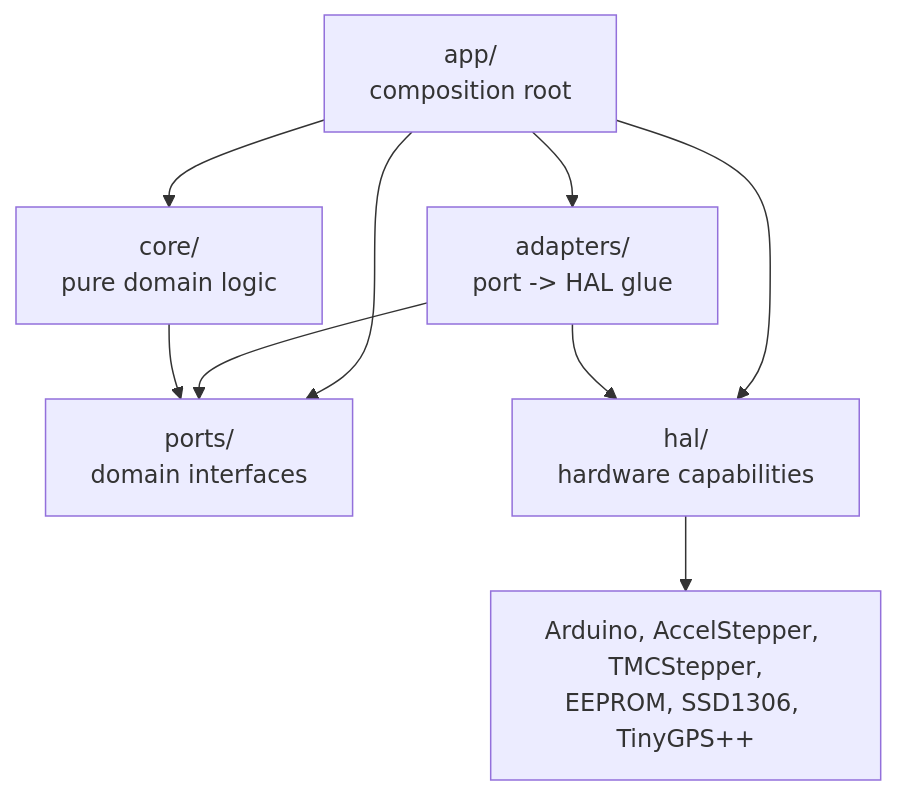
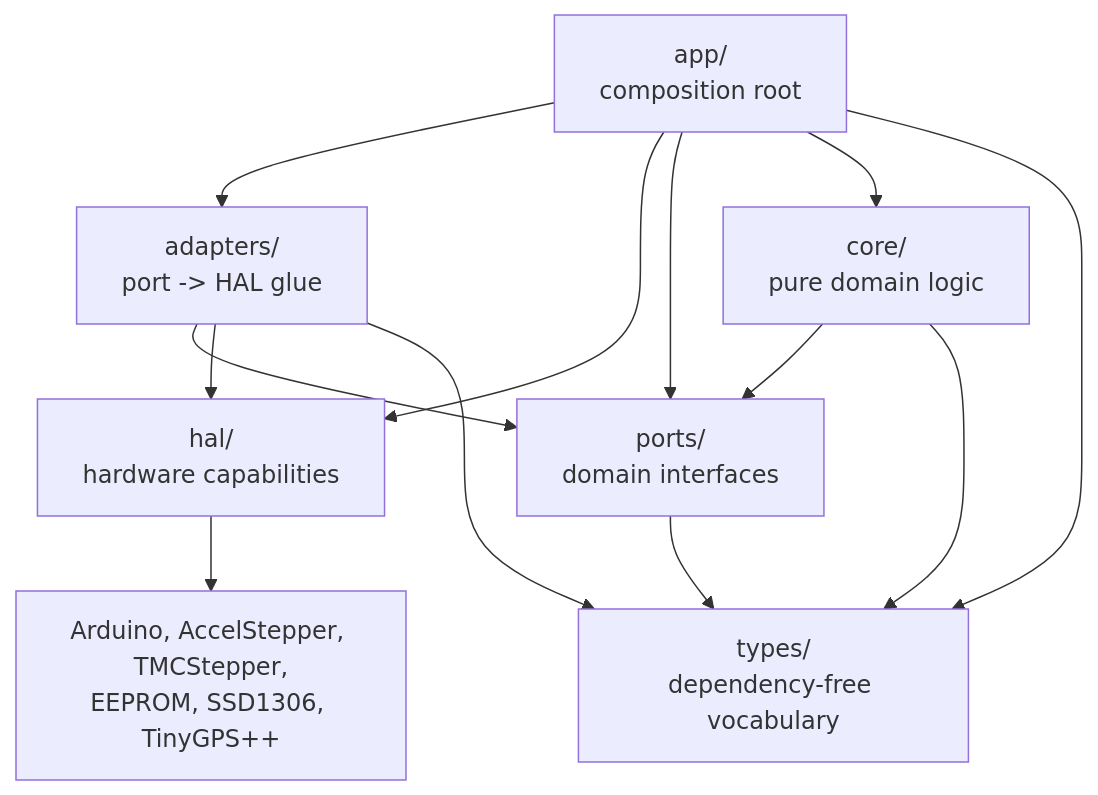
One commit to OpenAstroTech/OpenAstroTracker-Firmware changed the diagram in ARCHITECTURE.md. Above: the diagram before and after it, drawn with Mermaid. The commit also changed other lines of this file and 24 other files, not shown here.

First line of the commit message:
docs(arch): reflect types/ layer and adapters/meade protocol driver

````diff
--- a/ARCHITECTURE.md
+++ b/ARCHITECTURE.md
@@ -100,18 +102,23 @@
 ```mermaid
 graph TD
     APP["app/<br/>composition root"]
     ADAPTERS["adapters/<br/>port -> HAL glue"]
     PORTS["ports/<br/>domain interfaces"]
     CORE["core/<br/>pure domain logic"]
+    TYPES["types/<br/>dependency-free vocabulary"]
     HAL["hal/<br/>hardware capabilities"]
     HW["Arduino, AccelStepper, TMCStepper,<br/>EEPROM, SSD1306, TinyGPS++"]
 
     APP --> ADAPTERS
     APP --> HAL
     APP --> PORTS
     APP --> CORE
+    APP --> TYPES
     ADAPTERS --> PORTS
     ADAPTERS --> HAL
+    ADAPTERS --> TYPES
     CORE --> PORTS
+    CORE --> TYPES
+    PORTS --> TYPES
     HAL --> HW
 ```
````
